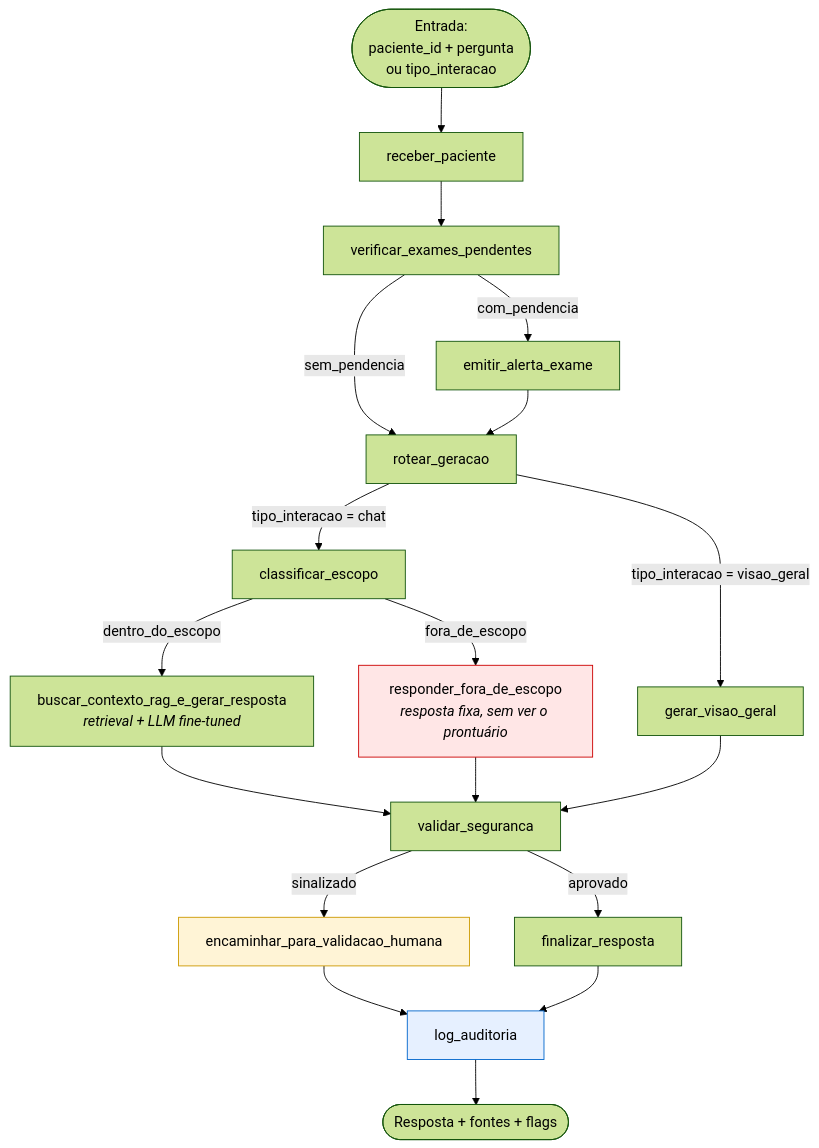
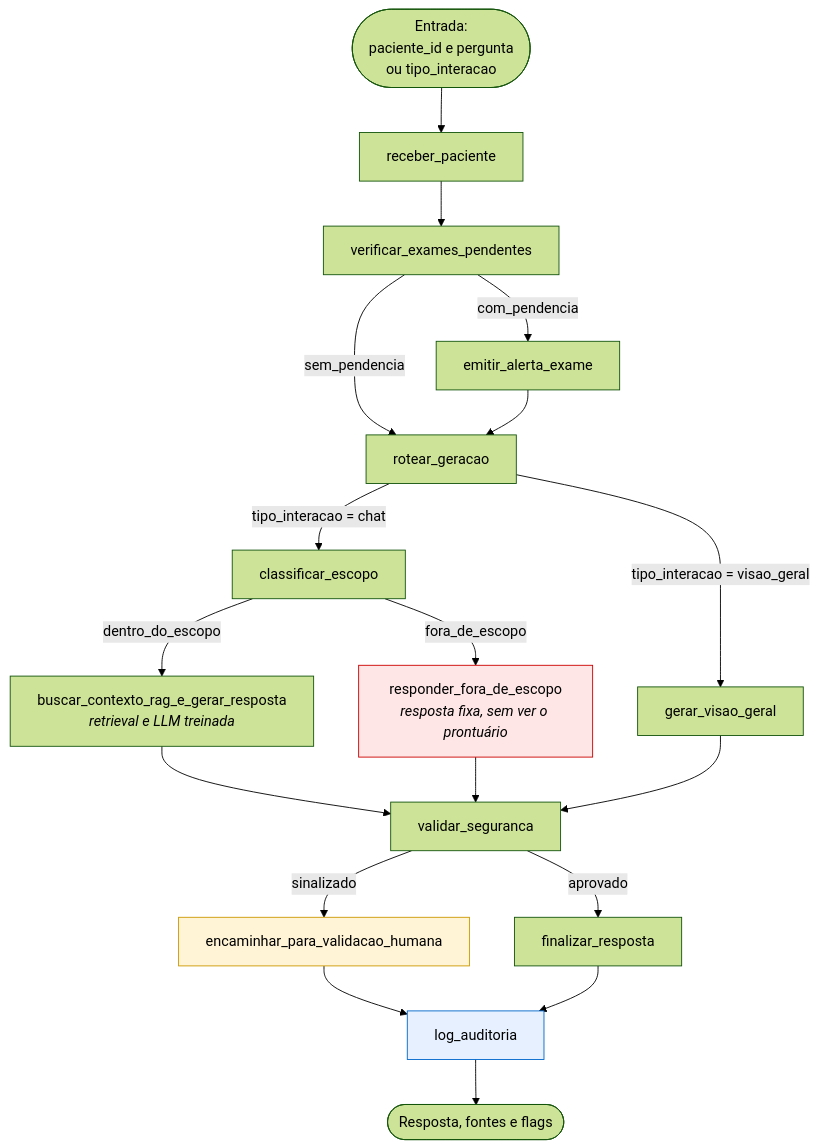
Before and after one commit to bschoola/AI-TechChallenge-Step3: the third of 5 diagrams in RELATORIO_TECNICO.md, drawn with Mermaid (forest theme). The commit also changed other lines of this file and 12 other files, not shown here.

````diff
--- a/RELATORIO_TECNICO.md
+++ b/RELATORIO_TECNICO.md
@@ -333,30 +335,30 @@
 ```mermaid
 flowchart TD
-    START([Entrada:<br/>paciente_id + pergunta<br/>ou tipo_interacao]) --> A[receber_paciente]
+    START([Entrada:<br/>paciente_id e pergunta<br/>ou tipo_interacao]) --> A[receber_paciente]
     A --> B[verificar_exames_pendentes]
 
     B -->|com_pendencia| C[emitir_alerta_exame]
     B -->|sem_pendencia| D[rotear_geracao]
     C --> D
 
     D -->|tipo_interacao = chat| E[classificar_escopo]
     D -->|tipo_interacao = visao_geral| H[gerar_visao_geral]
 
-    E -->|dentro_do_escopo| F["buscar_contexto_rag_e_gerar_resposta<br/><i>retrieval + LLM fine-tuned</i>"]
+    E -->|dentro_do_escopo| F["buscar_contexto_rag_e_gerar_resposta<br/><i>retrieval e LLM treinada</i>"]
     E -->|fora_de_escopo| G["responder_fora_de_escopo<br/><i>resposta fixa, sem ver o prontuário</i>"]
 
     F --> I[validar_seguranca]
     G --> I
     H --> I
 
     I -->|sinalizado| J[encaminhar_para_validacao_humana]
     I -->|aprovado| K[finalizar_resposta]
 
     J --> L[log_auditoria]
     K --> L
-    L --> END([Resposta + fontes + flags])
+    L --> END([Resposta, fontes e flags])
 
     style G fill:#ffe6e6,stroke:#c00
     style J fill:#fff4d6,stroke:#c90
     style L fill:#e6f0ff,stroke:#06c
 ```
````
